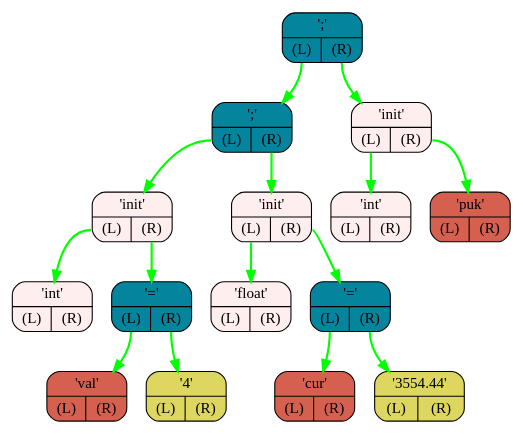
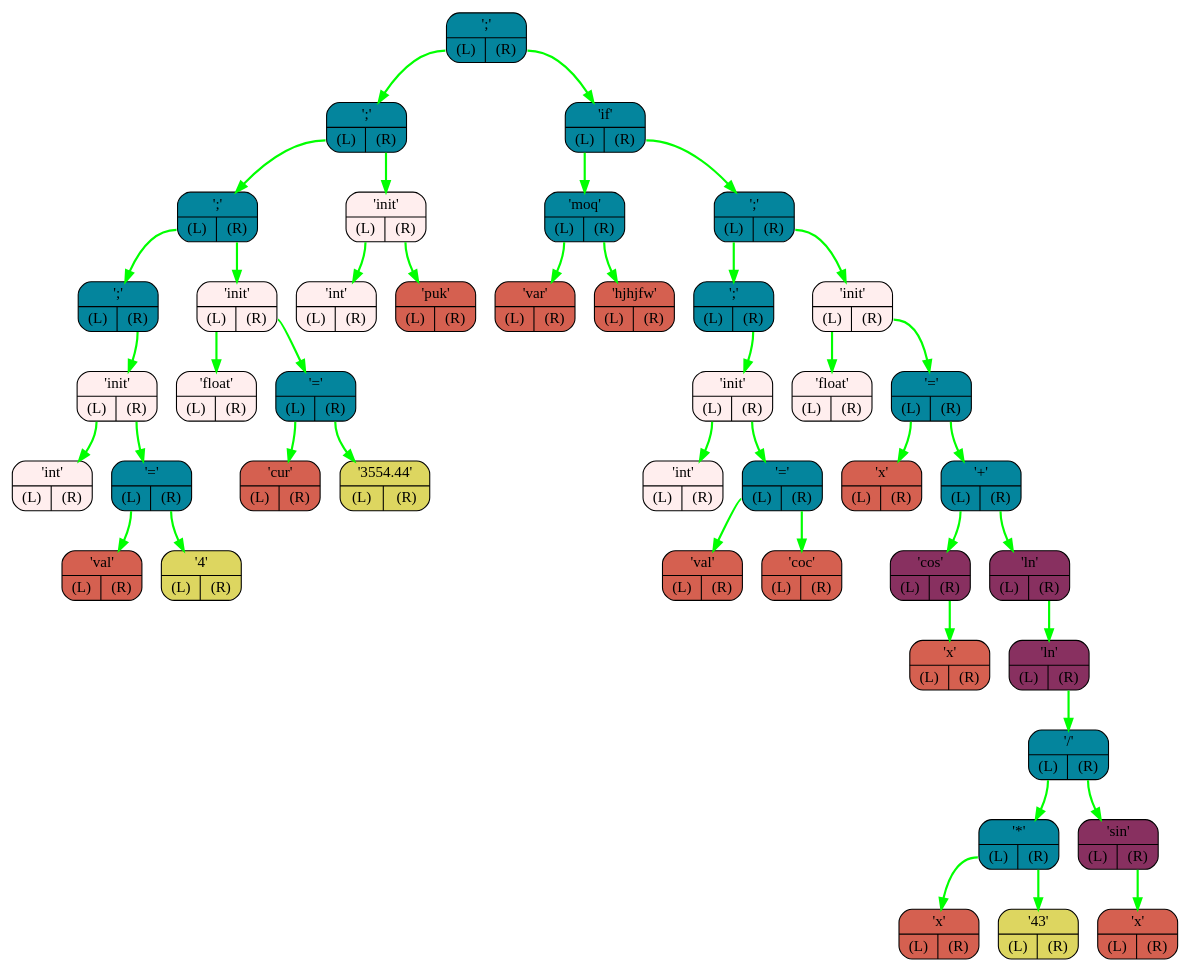
The diagram in FrontEnd/logs/graph.dot (I1Va/OptimaLang), drawn with Graphviz before and after one commit. The commit also changed 7 other files, not shown here.

```diff
--- a/FrontEnd/logs/graph.dot
+++ b/FrontEnd/logs/graph.dot
@@ -1,32 +1,88 @@
 digraph G{
     rankdir=TB;
-    NODE0x7ffd8f88bef8[shape="Mrecord",color="black",fillcolor="#04859D",style="filled",label="{';' | {<L> (L) | <R> (R)}}"]
-    NODE0x7ffd8f88bf20[shape="Mrecord",color="black",fillcolor="#04859D",style="filled",label="{';' | {<L> (L) | <R> (R)}}"]
-    NODE0x7ffd8f88bf48[shape="Mrecord",color="black",fillcolor="#FFEEEE",style="filled",label="{'init' | {<L> (L) | <R> (R)}}"]
-    NODE0x7ffd8f88bf70[shape="Mrecord",color="black",fillcolor="#FFEEEE",style="filled",label="{'int' | {<L> (L) | <R> (R)}}"]
-    NODE0x7ffd8f88bf98[shape="Mrecord",color="black",fillcolor="#04859D",style="filled",label="{'=' | {<L> (L) | <R> (R)}}"]
-    NODE0x7ffd8f88bfc0[shape="Mrecord",color="black",fillcolor="#d56050",style="filled",label="{'val' | {<L> (L) | <R> (R)}}"]
-    NODE0x7ffd8f88bfe8[shape="Mrecord",color="black",fillcolor="#ddd660",style="filled",label="{'4' | {<L> (L) | <R> (R)}}"]
-    NODE0x7ffd8f88c010[shape="Mrecord",color="black",fillcolor="#FFEEEE",style="filled",label="{'init' | {<L> (L) | <R> (R)}}"]
-    NODE0x7ffd8f88c038[shape="Mrecord",color="black",fillcolor="#FFEEEE",style="filled",label="{'float' | {<L> (L) | <R> (R)}}"]
-    NODE0x7ffd8f88c060[shape="Mrecord",color="black",fillcolor="#04859D",style="filled",label="{'=' | {<L> (L) | <R> (R)}}"]
-    NODE0x7ffd8f88c088[shape="Mrecord",color="black",fillcolor="#d56050",style="filled",label="{'cur' | {<L> (L) | <R> (R)}}"]
-    NODE0x7ffd8f88c0b0[shape="Mrecord",color="black",fillcolor="#ddd660",style="filled",label="{'3554.44' | {<L> (L) | <R> (R)}}"]
-    NODE0x7ffd8f88c0d8[shape="Mrecord",color="black",fillcolor="#FFEEEE",style="filled",label="{'init' | {<L> (L) | <R> (R)}}"]
-    NODE0x7ffd8f88c100[shape="Mrecord",color="black",fillcolor="#FFEEEE",style="filled",label="{'int' | {<L> (L) | <R> (R)}}"]
-    NODE0x7ffd8f88c128[shape="Mrecord",color="black",fillcolor="#d56050",style="filled",label="{'puk' | {<L> (L) | <R> (R)}}"]
-    NODE0x7ffd8f88bf98:L-> NODE0x7ffd8f88bfc0 [color="#00FF00",penwidth=2,label=""]
-    NODE0x7ffd8f88bf98:R-> NODE0x7ffd8f88bfe8 [color="#00FF00",penwidth=2,label=""]
-    NODE0x7ffd8f88bf48:L-> NODE0x7ffd8f88bf70 [color="#00FF00",penwidth=2,label=""]
-    NODE0x7ffd8f88bf48:R-> NODE0x7ffd8f88bf98 [color="#00FF00",penwidth=2,label=""]
-    NODE0x7ffd8f88c060:L-> NODE0x7ffd8f88c088 [color="#00FF00",penwidth=2,label=""]
-    NODE0x7ffd8f88c060:R-> NODE0x7ffd8f88c0b0 [color="#00FF00",penwidth=2,label=""]
-    NODE0x7ffd8f88c010:L-> NODE0x7ffd8f88c038 [color="#00FF00",penwidth=2,label=""]
-    NODE0x7ffd8f88c010:R-> NODE0x7ffd8f88c060 [color="#00FF00",penwidth=2,label=""]
-    NODE0x7ffd8f88bf20:L-> NODE0x7ffd8f88bf48 [color="#00FF00",penwidth=2,label=""]
-    NODE0x7ffd8f88bf20:R-> NODE0x7ffd8f88c010 [color="#00FF00",penwidth=2,label=""]
-    NODE0x7ffd8f88c0d8:L-> NODE0x7ffd8f88c100 [color="#00FF00",penwidth=2,label=""]
-    NODE0x7ffd8f88c0d8:R-> NODE0x7ffd8f88c128 [color="#00FF00",penwidth=2,label=""]
-    NODE0x7ffd8f88bef8:L-> NODE0x7ffd8f88bf20 [color="#00FF00",penwidth=2,label=""]
-    NODE0x7ffd8f88bef8:R-> NODE0x7ffd8f88c0d8 [color="#00FF00",penwidth=2,label=""]
+    NODE0x7ffd0fc5c148[shape="Mrecord",color="black",fillcolor="#04859D",style="filled",label="{';' | {<L> (L) | <R> (R)}}"]
+    NODE0x7ffd0fc5c170[shape="Mrecord",color="black",fillcolor="#04859D",style="filled",label="{';' | {<L> (L) | <R> (R)}}"]
+    NODE0x7ffd0fc5c198[shape="Mrecord",color="black",fillcolor="#04859D",style="filled",label="{';' | {<L> (L) | <R> (R)}}"]
+    NODE0x7ffd0fc5c1c0[shape="Mrecord",color="black",fillcolor="#04859D",style="filled",label="{';' | {<L> (L) | <R> (R)}}"]
+    NODE0x7ffd0fc5c1e8[shape="Mrecord",color="black",fillcolor="#FFEEEE",style="filled",label="{'init' | {<L> (L) | <R> (R)}}"]
+    NODE0x7ffd0fc5c210[shape="Mrecord",color="black",fillcolor="#FFEEEE",style="filled",label="{'int' | {<L> (L) | <R> (R)}}"]
+    NODE0x7ffd0fc5c238[shape="Mrecord",color="black",fillcolor="#04859D",style="filled",label="{'=' | {<L> (L) | <R> (R)}}"]
+    NODE0x7ffd0fc5c260[shape="Mrecord",color="black",fillcolor="#d56050",style="filled",label="{'val' | {<L> (L) | <R> (R)}}"]
+    NODE0x7ffd0fc5c288[shape="Mrecord",color="black",fillcolor="#ddd660",style="filled",label="{'4' | {<L> (L) | <R> (R)}}"]
+    NODE0x7ffd0fc5c2b0[shape="Mrecord",color="black",fillcolor="#FFEEEE",style="filled",label="{'init' | {<L> (L) | <R> (R)}}"]
+    NODE0x7ffd0fc5c2d8[shape="Mrecord",color="black",fillcolor="#FFEEEE",style="filled",label="{'float' | {<L> (L) | <R> (R)}}"]
+    NODE0x7ffd0fc5c300[shape="Mrecord",color="black",fillcolor="#04859D",style="filled",label="{'=' | {<L> (L) | <R> (R)}}"]
+    NODE0x7ffd0fc5c328[shape="Mrecord",color="black",fillcolor="#d56050",style="filled",label="{'cur' | {<L> (L) | <R> (R)}}"]
+    NODE0x7ffd0fc5c350[shape="Mrecord",color="black",fillcolor="#ddd660",style="filled",label="{'3554.44' | {<L> (L) | <R> (R)}}"]
+    NODE0x7ffd0fc5c378[shape="Mrecord",color="black",fillcolor="#FFEEEE",style="filled",label="{'init' | {<L> (L) | <R> (R)}}"]
+    NODE0x7ffd0fc5c3a0[shape="Mrecord",color="black",fillcolor="#FFEEEE",style="filled",label="{'int' | {<L> (L) | <R> (R)}}"]
+    NODE0x7ffd0fc5c3c8[shape="Mrecord",color="black",fillcolor="#d56050",style="filled",label="{'puk' | {<L> (L) | <R> (R)}}"]
+    NODE0x7ffd0fc5c3f0[shape="Mrecord",color="black",fillcolor="#04859D",style="filled",label="{'if' | {<L> (L) | <R> (R)}}"]
+    NODE0x7ffd0fc5c418[shape="Mrecord",color="black",fillcolor="#04859D",style="filled",label="{'moq' | {<L> (L) | <R> (R)}}"]
+    NODE0x7ffd0fc5c440[shape="Mrecord",color="black",fillcolor="#d56050",style="filled",label="{'var' | {<L> (L) | <R> (R)}}"]
+    NODE0x7ffd0fc5c468[shape="Mrecord",color="black",fillcolor="#d56050",style="filled",label="{'hjhjfw' | {<L> (L) | <R> (R)}}"]
+    NODE0x7ffd0fc5c490[shape="Mrecord",color="black",fillcolor="#04859D",style="filled",label="{';' | {<L> (L) | <R> (R)}}"]
+    NODE0x7ffd0fc5c4b8[shape="Mrecord",color="black",fillcolor="#04859D",style="filled",label="{';' | {<L> (L) | <R> (R)}}"]
+    NODE0x7ffd0fc5c4e0[shape="Mrecord",color="black",fillcolor="#FFEEEE",style="filled",label="{'init' | {<L> (L) | <R> (R)}}"]
+    NODE0x7ffd0fc5c508[shape="Mrecord",color="black",fillcolor="#FFEEEE",style="filled",label="{'int' | {<L> (L) | <R> (R)}}"]
+    NODE0x7ffd0fc5c530[shape="Mrecord",color="black",fillcolor="#04859D",style="filled",label="{'=' | {<L> (L) | <R> (R)}}"]
+    NODE0x7ffd0fc5c558[shape="Mrecord",color="black",fillcolor="#d56050",style="filled",label="{'val' | {<L> (L) | <R> (R)}}"]
+    NODE0x7ffd0fc5c580[shape="Mrecord",color="black",fillcolor="#d56050",style="filled",label="{'coc' | {<L> (L) | <R> (R)}}"]
+    NODE0x7ffd0fc5c5a8[shape="Mrecord",color="black",fillcolor="#FFEEEE",style="filled",label="{'init' | {<L> (L) | <R> (R)}}"]
+    NODE0x7ffd0fc5c5d0[shape="Mrecord",color="black",fillcolor="#FFEEEE",style="filled",label="{'float' | {<L> (L) | <R> (R)}}"]
+    NODE0x7ffd0fc5c5f8[shape="Mrecord",color="black",fillcolor="#04859D",style="filled",label="{'=' | {<L> (L) | <R> (R)}}"]
+    NODE0x7ffd0fc5c620[shape="Mrecord",color="black",fillcolor="#d56050",style="filled",label="{'x' | {<L> (L) | <R> (R)}}"]
+    NODE0x7ffd0fc5c648[shape="Mrecord",color="black",fillcolor="#04859D",style="filled",label="{'+' | {<L> (L) | <R> (R)}}"]
+    NODE0x7ffd0fc5c670[shape="Mrecord",color="black",fillcolor="#883060",style="filled",label="{'cos' | {<L> (L) | <R> (R)}}"]
+    NODE0x7ffd0fc5c698[shape="Mrecord",color="black",fillcolor="#d56050",style="filled",label="{'x' | {<L> (L) | <R> (R)}}"]
+    NODE0x7ffd0fc5c6c0[shape="Mrecord",color="black",fillcolor="#883060",style="filled",label="{'ln' | {<L> (L) | <R> (R)}}"]
+    NODE0x7ffd0fc5c6e8[shape="Mrecord",color="black",fillcolor="#883060",style="filled",label="{'ln' | {<L> (L) | <R> (R)}}"]
+    NODE0x7ffd0fc5c710[shape="Mrecord",color="black",fillcolor="#04859D",style="filled",label="{'/' | {<L> (L) | <R> (R)}}"]
+    NODE0x7ffd0fc5c738[shape="Mrecord",color="black",fillcolor="#04859D",style="filled",label="{'*' | {<L> (L) | <R> (R)}}"]
+    NODE0x7ffd0fc5c760[shape="Mrecord",color="black",fillcolor="#d56050",style="filled",label="{'x' | {<L> (L) | <R> (R)}}"]
+    NODE0x7ffd0fc5c788[shape="Mrecord",color="black",fillcolor="#ddd660",style="filled",label="{'43' | {<L> (L) | <R> (R)}}"]
+    NODE0x7ffd0fc5c7b0[shape="Mrecord",color="black",fillcolor="#883060",style="filled",label="{'sin' | {<L> (L) | <R> (R)}}"]
+    NODE0x7ffd0fc5c7d8[shape="Mrecord",color="black",fillcolor="#d56050",style="filled",label="{'x' | {<L> (L) | <R> (R)}}"]
+    NODE0x7ffd0fc5c238:L-> NODE0x7ffd0fc5c260 [color="#00FF00",penwidth=2,label=""]
+    NODE0x7ffd0fc5c238:R-> NODE0x7ffd0fc5c288 [color="#00FF00",penwidth=2,label=""]
+    NODE0x7ffd0fc5c1e8:L-> NODE0x7ffd0fc5c210 [color="#00FF00",penwidth=2,label=""]
+    NODE0x7ffd0fc5c1e8:R-> NODE0x7ffd0fc5c238 [color="#00FF00",penwidth=2,label=""]
+    NODE0x7ffd0fc5c1c0:R-> NODE0x7ffd0fc5c1e8 [color="#00FF00",penwidth=2,label=""]
+    NODE0x7ffd0fc5c300:L-> NODE0x7ffd0fc5c328 [color="#00FF00",penwidth=2,label=""]
+    NODE0x7ffd0fc5c300:R-> NODE0x7ffd0fc5c350 [color="#00FF00",penwidth=2,label=""]
+    NODE0x7ffd0fc5c2b0:L-> NODE0x7ffd0fc5c2d8 [color="#00FF00",penwidth=2,label=""]
+    NODE0x7ffd0fc5c2b0:R-> NODE0x7ffd0fc5c300 [color="#00FF00",penwidth=2,label=""]
+    NODE0x7ffd0fc5c198:L-> NODE0x7ffd0fc5c1c0 [color="#00FF00",penwidth=2,label=""]
+    NODE0x7ffd0fc5c198:R-> NODE0x7ffd0fc5c2b0 [color="#00FF00",penwidth=2,label=""]
+    NODE0x7ffd0fc5c378:L-> NODE0x7ffd0fc5c3a0 [color="#00FF00",penwidth=2,label=""]
+    NODE0x7ffd0fc5c378:R-> NODE0x7ffd0fc5c3c8 [color="#00FF00",penwidth=2,label=""]
+    NODE0x7ffd0fc5c170:L-> NODE0x7ffd0fc5c198 [color="#00FF00",penwidth=2,label=""]
+    NODE0x7ffd0fc5c170:R-> NODE0x7ffd0fc5c378 [color="#00FF00",penwidth=2,label=""]
+    NODE0x7ffd0fc5c418:L-> NODE0x7ffd0fc5c440 [color="#00FF00",penwidth=2,label=""]
+    NODE0x7ffd0fc5c418:R-> NODE0x7ffd0fc5c468 [color="#00FF00",penwidth=2,label=""]
+    NODE0x7ffd0fc5c530:L-> NODE0x7ffd0fc5c558 [color="#00FF00",penwidth=2,label=""]
+    NODE0x7ffd0fc5c530:R-> NODE0x7ffd0fc5c580 [color="#00FF00",penwidth=2,label=""]
+    NODE0x7ffd0fc5c4e0:L-> NODE0x7ffd0fc5c508 [color="#00FF00",penwidth=2,label=""]
+    NODE0x7ffd0fc5c4e0:R-> NODE0x7ffd0fc5c530 [color="#00FF00",penwidth=2,label=""]
+    NODE0x7ffd0fc5c4b8:R-> NODE0x7ffd0fc5c4e0 [color="#00FF00",penwidth=2,label=""]
+    NODE0x7ffd0fc5c670:R-> NODE0x7ffd0fc5c698 [color="#00FF00",penwidth=2,label=""]
+    NODE0x7ffd0fc5c738:L-> NODE0x7ffd0fc5c760 [color="#00FF00",penwidth=2,label=""]
+    NODE0x7ffd0fc5c738:R-> NODE0x7ffd0fc5c788 [color="#00FF00",penwidth=2,label=""]
+    NODE0x7ffd0fc5c7b0:R-> NODE0x7ffd0fc5c7d8 [color="#00FF00",penwidth=2,label=""]
+    NODE0x7ffd0fc5c710:L-> NODE0x7ffd0fc5c738 [color="#00FF00",penwidth=2,label=""]
+    NODE0x7ffd0fc5c710:R-> NODE0x7ffd0fc5c7b0 [color="#00FF00",penwidth=2,label=""]
+    NODE0x7ffd0fc5c6e8:R-> NODE0x7ffd0fc5c710 [color="#00FF00",penwidth=2,label=""]
+    NODE0x7ffd0fc5c6c0:R-> NODE0x7ffd0fc5c6e8 [color="#00FF00",penwidth=2,label=""]
+    NODE0x7ffd0fc5c648:L-> NODE0x7ffd0fc5c670 [color="#00FF00",penwidth=2,label=""]
+    NODE0x7ffd0fc5c648:R-> NODE0x7ffd0fc5c6c0 [color="#00FF00",penwidth=2,label=""]
+    NODE0x7ffd0fc5c5f8:L-> NODE0x7ffd0fc5c620 [color="#00FF00",penwidth=2,label=""]
+    NODE0x7ffd0fc5c5f8:R-> NODE0x7ffd0fc5c648 [color="#00FF00",penwidth=2,label=""]
+    NODE0x7ffd0fc5c5a8:L-> NODE0x7ffd0fc5c5d0 [color="#00FF00",penwidth=2,label=""]
+    NODE0x7ffd0fc5c5a8:R-> NODE0x7ffd0fc5c5f8 [color="#00FF00",penwidth=2,label=""]
+    NODE0x7ffd0fc5c490:L-> NODE0x7ffd0fc5c4b8 [color="#00FF00",penwidth=2,label=""]
+    NODE0x7ffd0fc5c490:R-> NODE0x7ffd0fc5c5a8 [color="#00FF00",penwidth=2,label=""]
+    NODE0x7ffd0fc5c3f0:L-> NODE0x7ffd0fc5c418 [color="#00FF00",penwidth=2,label=""]
+    NODE0x7ffd0fc5c3f0:R-> NODE0x7ffd0fc5c490 [color="#00FF00",penwidth=2,label=""]
+    NODE0x7ffd0fc5c148:L-> NODE0x7ffd0fc5c170 [color="#00FF00",penwidth=2,label=""]
+    NODE0x7ffd0fc5c148:R-> NODE0x7ffd0fc5c3f0 [color="#00FF00",penwidth=2,label=""]
 }
```
